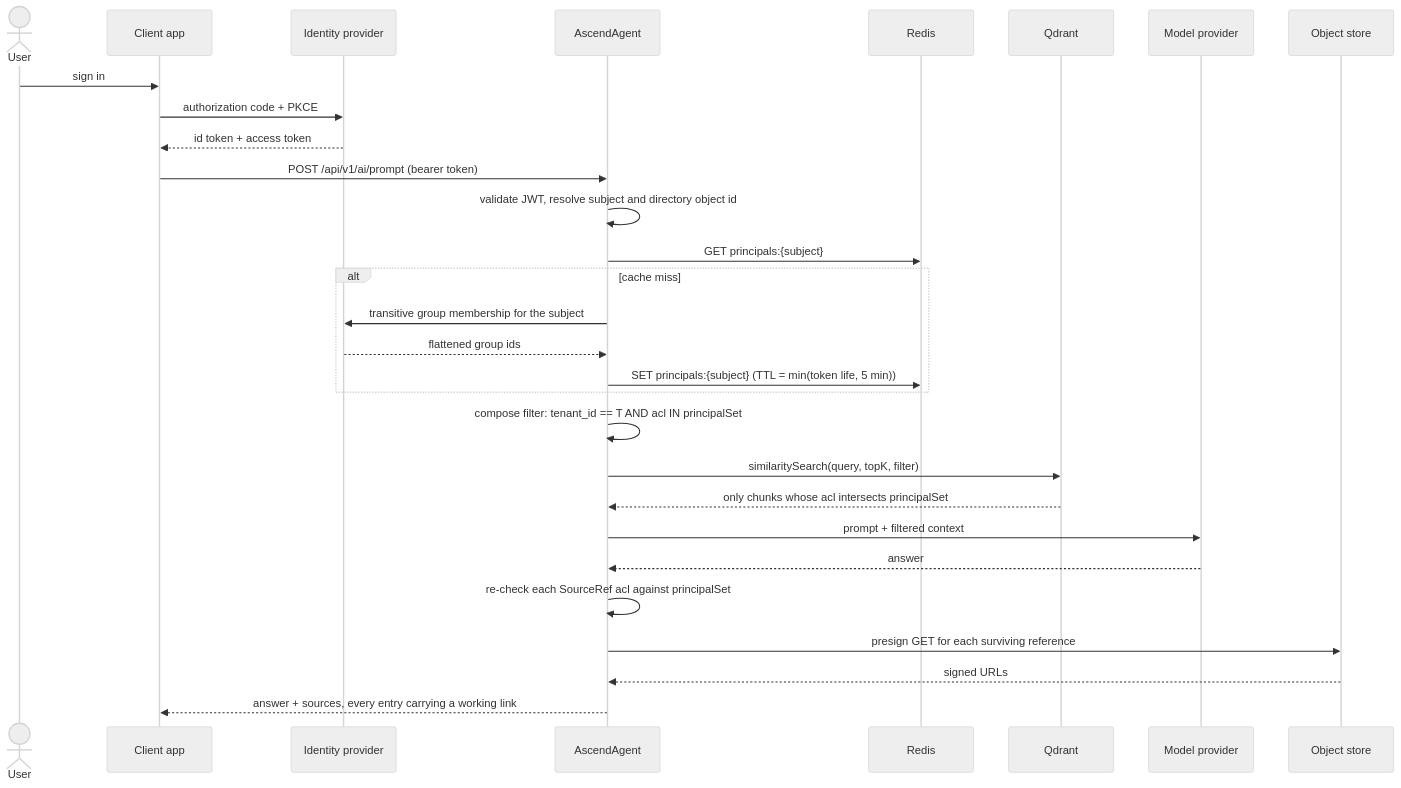
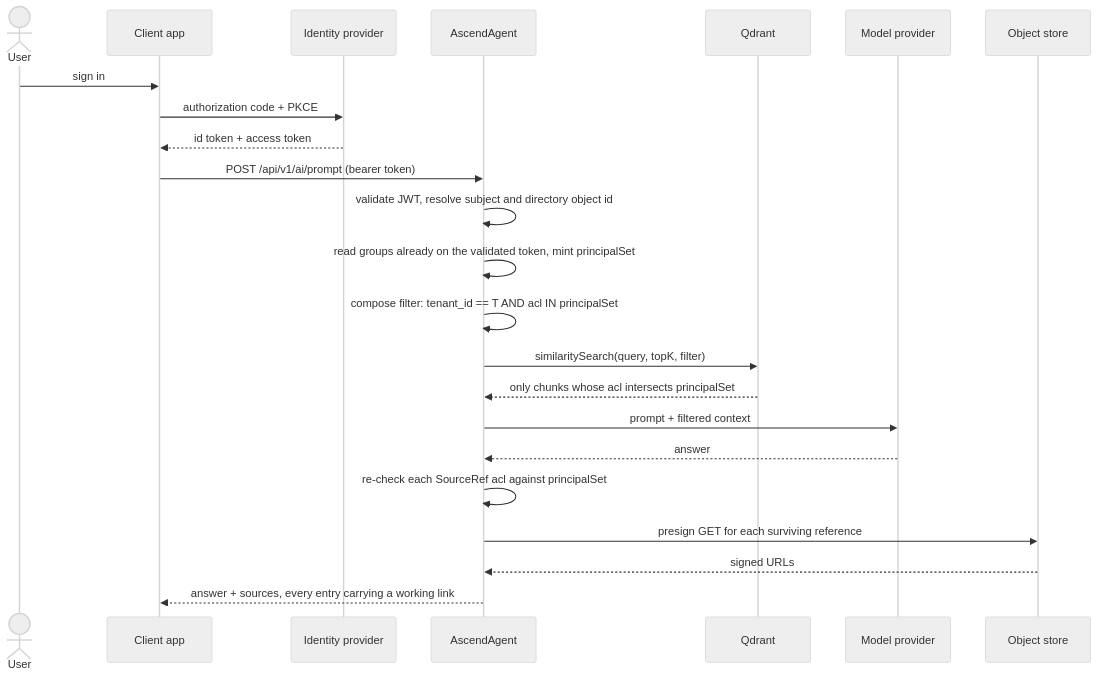
The first of 6 diagrams in docs/architecture/permission-aware-retrieval.md (Lukk17/AscendAI), drawn with Mermaid (neutral theme) before and after one commit. The commit also changed other lines of this file and 1 other file, not shown here.

First line of the commit message:
docs(architecture): align the retrieval design with the Keycloak scope

````diff
--- a/docs/architecture/permission-aware-retrieval.md
+++ b/docs/architecture/permission-aware-retrieval.md
@@ -33,34 +33,28 @@
 ```mermaid
 sequenceDiagram
     accTitle: Permission-filtered retrieval for a single question
-    accDescr: The caller logs in, the agent resolves their group principals, runs a filtered vector search, calls the model, and re-checks each source reference before presigning a download link.
+    accDescr: The caller logs in, the agent resolves their group principals directly from the validated token, runs a filtered vector search, calls the model, and re-checks each source reference before presigning a download link.
     actor User
     participant App as Client app
     participant IdP as Identity provider
     participant Agent as AscendAgent
-    participant Redis
     participant Qdrant
     participant LLM as Model provider
     participant S3 as Object store
 
     User->>App: sign in
     App->>IdP: authorization code + PKCE
     IdP-->>App: id token + access token
     App->>Agent: POST /api/v1/ai/prompt (bearer token)
     Agent->>Agent: validate JWT, resolve subject and directory object id
-    Agent->>Redis: GET principals:{subject}
-    alt cache miss
-        Agent->>IdP: transitive group membership for the subject
-        IdP-->>Agent: flattened group ids
-        Agent->>Redis: SET principals:{subject} (TTL = min(token life, 5 min))
-    end
+    Agent->>Agent: read groups already on the validated token, mint principalSet
     Agent->>Agent: compose filter: tenant_id == T AND acl IN principalSet
     Agent->>Qdrant: similaritySearch(query, topK, filter)
     Qdrant-->>Agent: only chunks whose acl intersects principalSet
     Agent->>LLM: prompt + filtered context
     LLM-->>Agent: answer
     Agent->>Agent: re-check each SourceRef acl against principalSet
     Agent->>S3: presign GET for each surviving reference
     S3-->>Agent: signed URLs
     Agent-->>App: answer + sources, every entry carrying a working link
 ```
````
